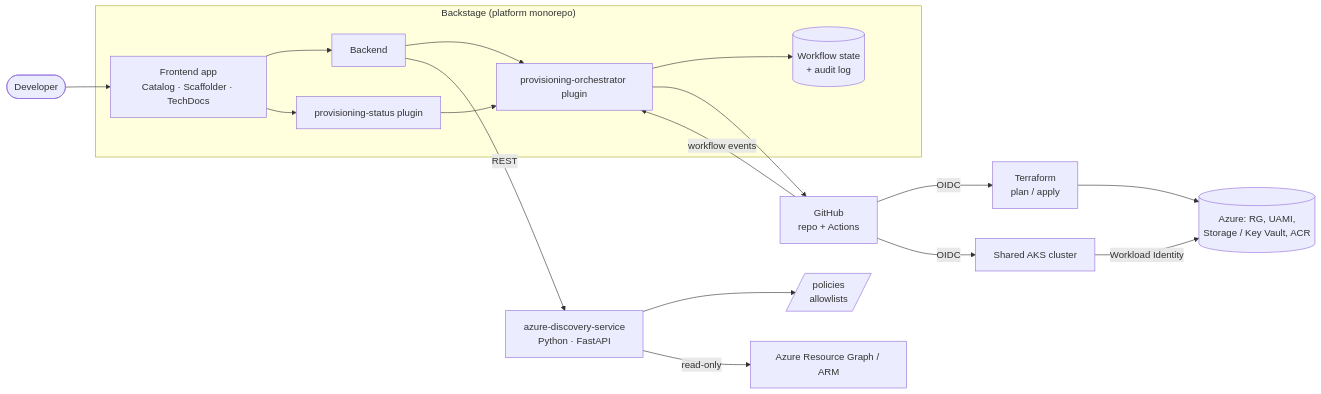
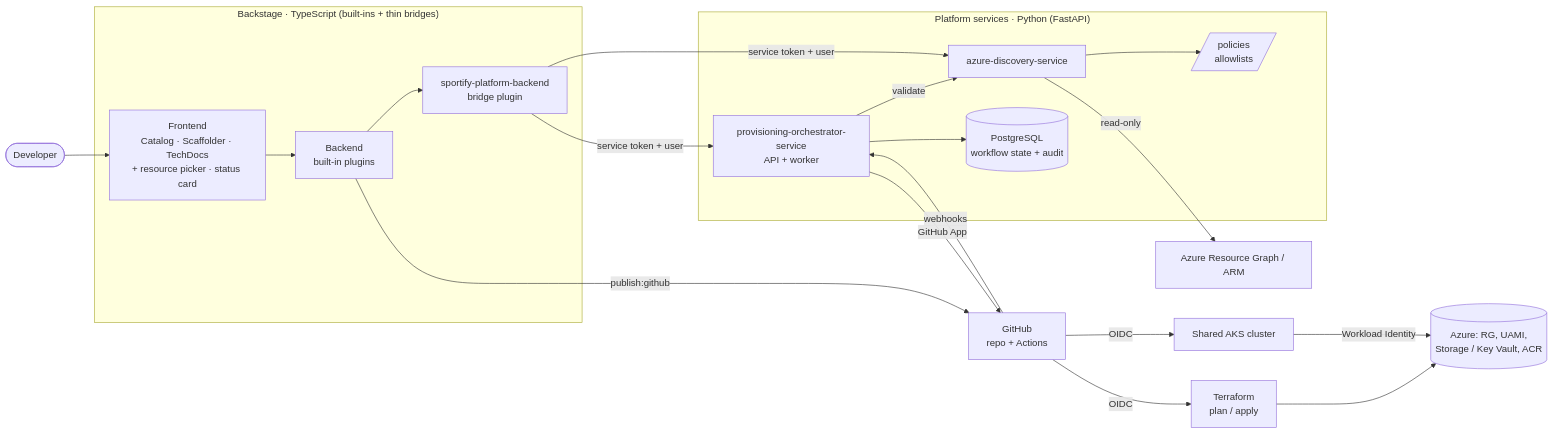
Before and after one commit to nixvarghese01/azure-backstage-goldenpath: the first of 2 diagrams in README.md, drawn with Mermaid. The commit also changed other lines of this file and 1 other file, not shown here.

First line of the commit message:
docs: move discovery and orchestration to Python services

````diff
--- a/README.md
+++ b/README.md
@@ -107,23 +107,29 @@
 ```mermaid
 flowchart LR
     Dev([Developer]) --> Portal
 
-    subgraph Backstage["Backstage (platform monorepo)"]
-        Portal[Frontend app<br/>Catalog · Scaffolder · TechDocs]
-        Portal --> API[Backend]
-        API --> Orch[provisioning-orchestrator plugin]
-        Orch --> DB[(Workflow state<br/>+ audit log)]
-        Portal --> Status[provisioning-status plugin]
-        Status --> Orch
+    subgraph Backstage["Backstage · TypeScript (built-ins + thin bridges)"]
+        Portal[Frontend<br/>Catalog · Scaffolder · TechDocs<br/>+ resource picker · status card]
+        Portal --> API[Backend<br/>built-in plugins]
+        API --> Bridge[sportify-platform-backend<br/>bridge plugin]
     end
 
-    API -- REST --> Disc[azure-discovery-service<br/>Python · FastAPI]
-    Disc --> Policy[/policies<br/>allowlists/]
+    subgraph Python["Platform services · Python (FastAPI)"]
+        Disc[azure-discovery-service]
+        Orch[provisioning-orchestrator-service<br/>API + worker]
+        Orch --> DB[(PostgreSQL<br/>workflow state + audit)]
+        Orch -- validate --> Disc
+        Disc --> Policy[/policies<br/>allowlists/]
+    end
+
+    Bridge -- service token + user --> Disc
+    Bridge -- service token + user --> Orch
+    API -- publish:github --> GH
     Disc -- read-only --> ARG[Azure Resource Graph / ARM]
-    Orch --> GH[GitHub<br/>repo + Actions]
+    Orch -- GitHub App --> GH[GitHub<br/>repo + Actions]
+    GH -- webhooks --> Orch
     GH -- OIDC --> TF[Terraform<br/>plan / apply]
     TF --> Azure[(Azure: RG, UAMI,<br/>Storage / Key Vault, ACR)]
     GH -- OIDC --> AKS[Shared AKS cluster]
-    GH -- workflow events --> Orch
     AKS -- Workload Identity --> Azure
 ```
````
